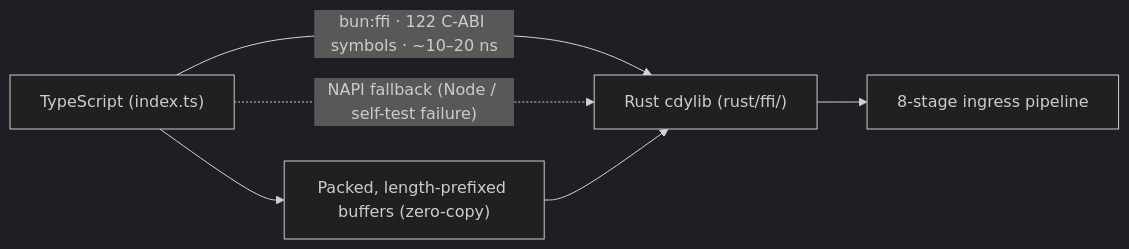
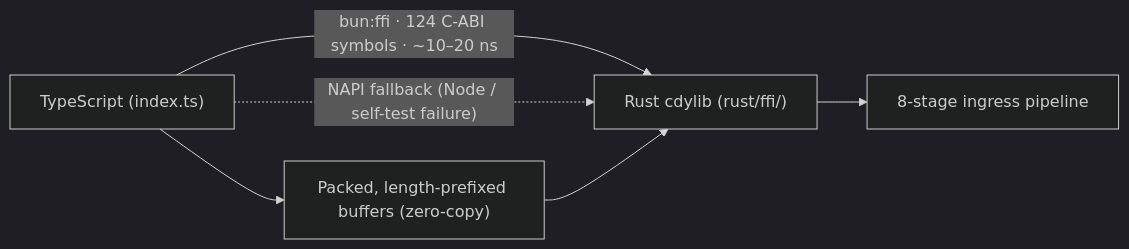
The diagram in docs/CASE_STUDY.md (Axylabs/castrum), drawn with Mermaid (dark theme) before and after one commit. The commit also changed other lines of this file and 20 other files, not shown here.

````diff
--- a/docs/CASE_STUDY.md
+++ b/docs/CASE_STUDY.md
@@ -59,8 +59,8 @@
 ```mermaid
 flowchart LR
-    TS["TypeScript (index.ts)"] -->|"bun:ffi · 122 C-ABI symbols · ~10–20 ns"| RUST["Rust cdylib (rust/ffi/)"]
+    TS["TypeScript (index.ts)"] -->|"bun:ffi · 124 C-ABI symbols · ~10–20 ns"| RUST["Rust cdylib (rust/ffi/)"]
     TS -.->|"NAPI fallback (Node / self-test failure)"| RUST
     RUST --> PIPELINE["8-stage ingress pipeline"]
     TS --> PACKED["Packed, length-prefixed buffers (zero-copy)"]
     PACKED --> RUST
 ```
````
